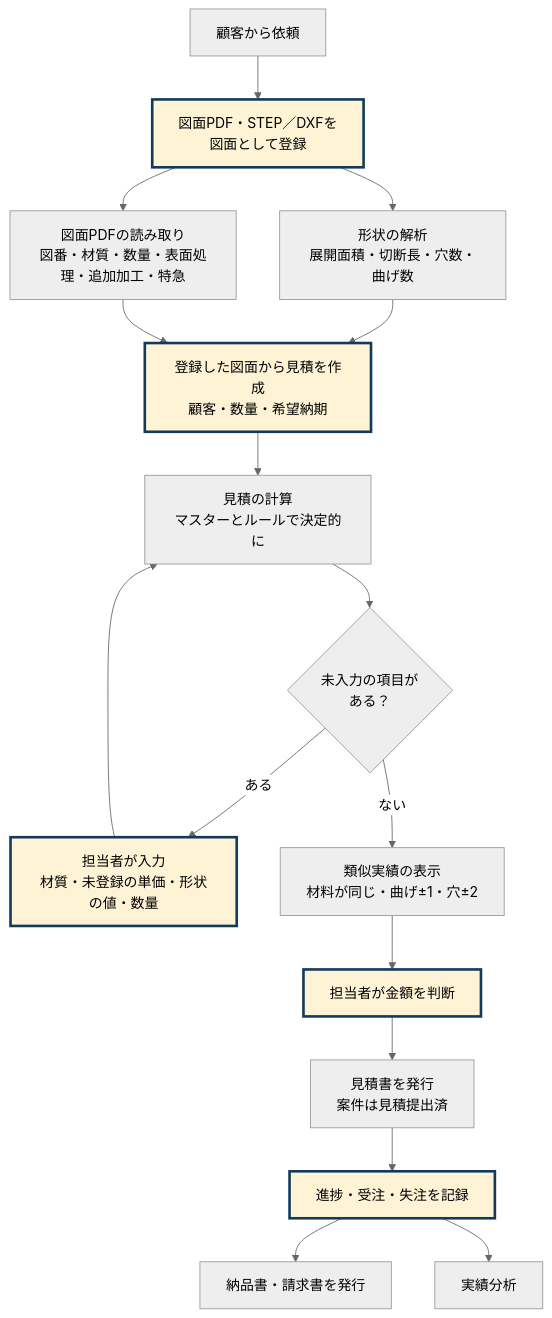
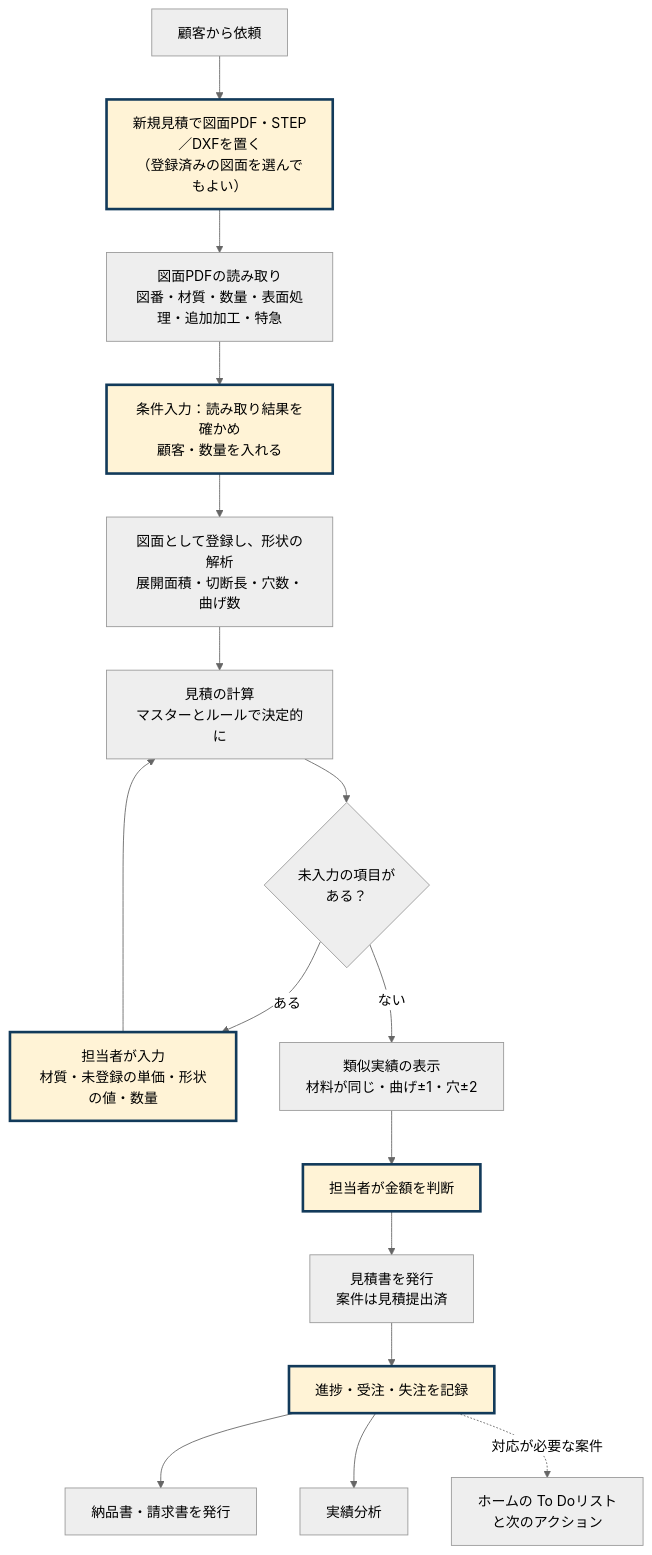
One commit to 1975020t/step_analysis_for_automatic-estimate changed the third of 5 diagrams in docs/01_要件定義書.md. Above: the diagram before and after it, drawn with Mermaid (neutral theme). The commit also changed other lines of this file and 24 other files, not shown here.

````diff
--- a/docs/01_要件定義書.md
+++ b/docs/01_要件定義書.md
@@ -89,19 +89,20 @@
 ```mermaid 図 システム導入後の流れ（担当者の作業は太枠）
 flowchart TD
-  r[顧客から依頼] --> u[図面PDF・STEP／DXFを<br/>図面として登録]:::man
-  u --> a[形状の解析<br/>展開面積・切断長・穴数・曲げ数]
+  r[顧客から依頼] --> u[新規見積で図面PDF・STEP／DXFを置く<br/>（登録済みの図面を選んでもよい）]:::man
   u --> b[図面PDFの読み取り<br/>図番・材質・数量・表面処理・追加加工・特急]
-  a --> e[登録した図面から見積を作成<br/>顧客・数量・希望納期]:::man
-  b --> e
-  e --> q[見積の計算<br/>マスターとルールで決定的に]
+  b --> e[条件入力：読み取り結果を確かめ<br/>顧客・数量を入れる]:::man
+  e --> a[図面として登録し、形状の解析<br/>展開面積・切断長・穴数・曲げ数]
+  a --> q
+  q[見積の計算<br/>マスターとルールで決定的に]
   q --> k{未入力の項目が<br/>ある？}
   k -- ある --> m[担当者が入力<br/>材質・未登録の単価・形状の値・数量]:::man
   m --> q
   k -- ない --> s[類似実績の表示<br/>材料が同じ・曲げ±1・穴±2]
   s --> j[担当者が金額を判断]:::man
   j --> d[見積書を発行<br/>案件は見積提出済]
   d --> o[進捗・受注・失注を記録]:::man
   o --> n[納品書・請求書を発行]
   o --> v[実績分析]
+  o -. 対応が必要な案件 .-> t[ホームの To Doリスト<br/>と次のアクション]
   classDef man stroke-width:3px,stroke:#123a5a,fill:#fff3d6;
 ```
````
